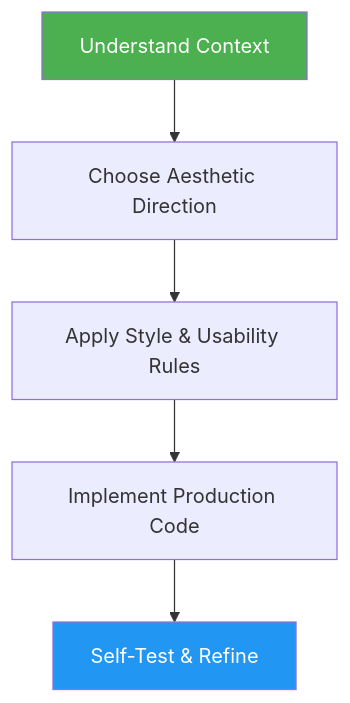
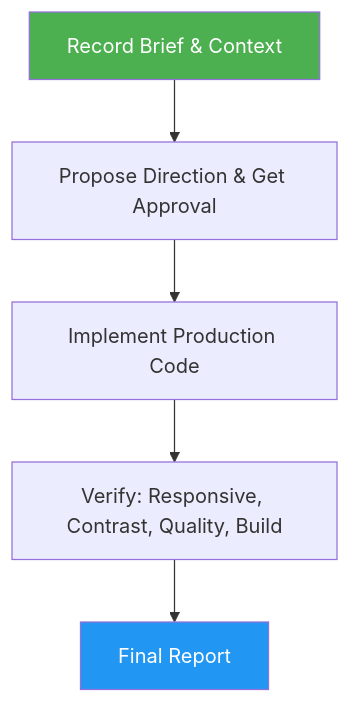
One commit to luongnv89/skills changed the diagram in skills/frontend-design/docs/README.md. Above: the diagram before and after it, drawn with Mermaid. The commit also changed other lines of this file and 10 other files, not shown here.

````diff
--- a/skills/frontend-design/docs/README.md
+++ b/skills/frontend-design/docs/README.md
@@ -31,9 +31,9 @@
 ```mermaid
 graph TD
-    A["Understand Context"] --> B["Choose Aesthetic Direction"]
-    B --> C["Apply Style & Usability Rules"]
-    C --> D["Implement Production Code"]
-    D --> E["Self-Test & Refine"]
+    A["Record Brief & Context"] --> B["Propose Direction & Get Approval"]
+    B --> C["Implement Production Code"]
+    C --> D["Verify: Responsive, Contrast, Quality, Build"]
+    D --> E["Final Report"]
     style A fill:#4CAF50,color:#fff
     style E fill:#2196F3,color:#fff
 ```
````
